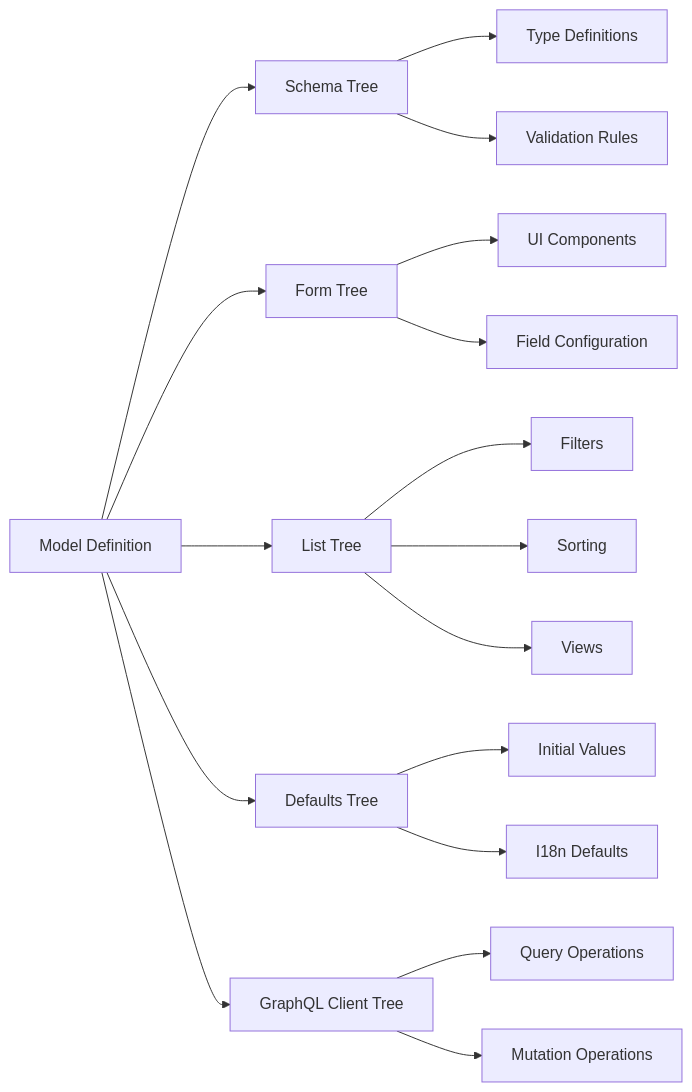
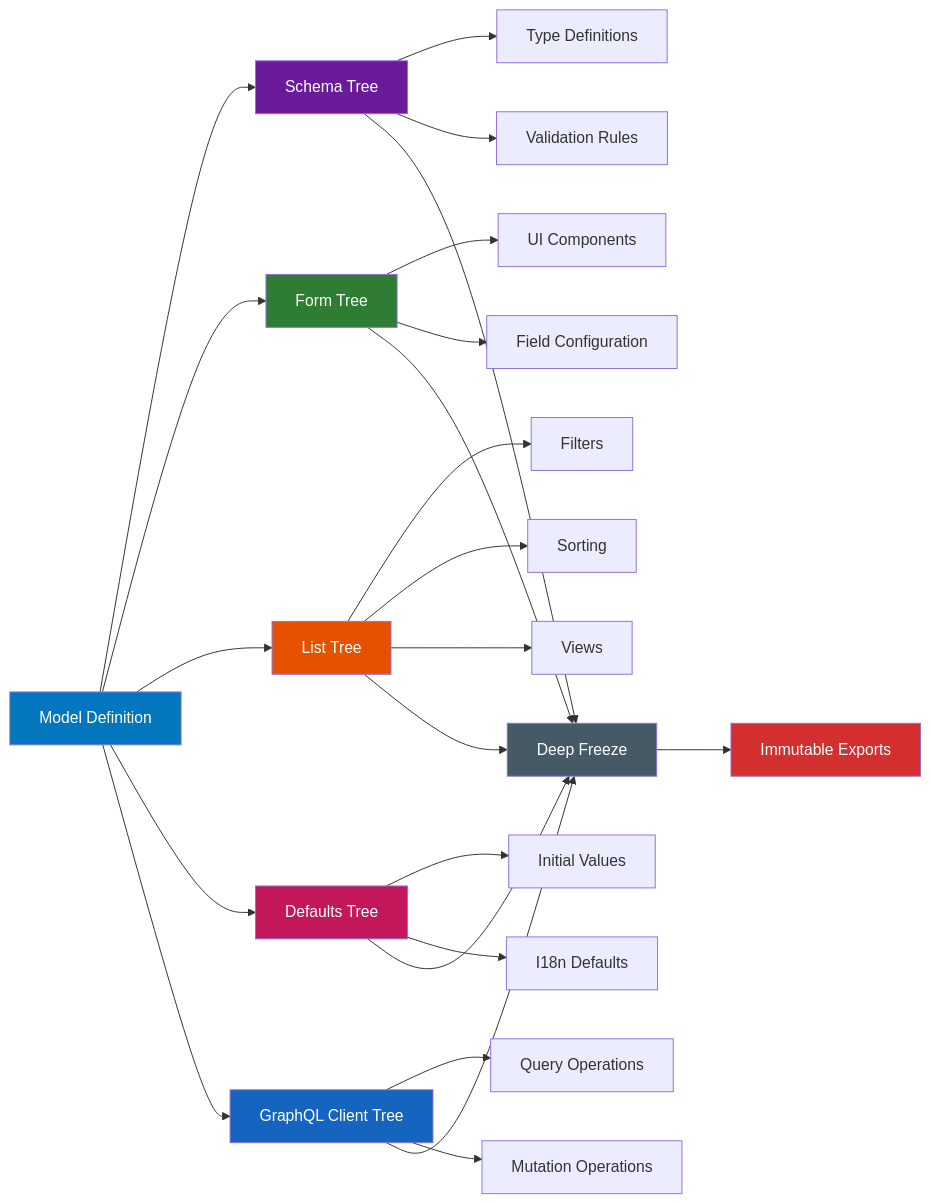
Before and after one commit to IEA-Paris/trees: the second of 6 diagrams in DOCUMENTATION.md, drawn with Mermaid. The commit also changed other lines of this file and 2 other files, not shown here.

````diff
--- a/DOCUMENTATION.md
+++ b/DOCUMENTATION.md
@@ -57,24 +96,40 @@
 ```mermaid
 graph LR
     A[Model Definition] --> B[Schema Tree]
     A --> C[Form Tree]
     A --> D[List Tree]
     A --> E[Defaults Tree]
     A --> F[GraphQL Client Tree]
-    
+
     B --> B1[Type Definitions]
     B --> B2[Validation Rules]
-    
+
     C --> C1[UI Components]
     C --> C2[Field Configuration]
-    
+
     D --> D1[Filters]
     D --> D2[Sorting]
     D --> D3[Views]
-    
+
     E --> E1[Initial Values]
     E --> E2[I18n Defaults]
-    
+
     F --> F1[Query Operations]
     F --> F2[Mutation Operations]
+
+    B --> G[Deep Freeze]
+    C --> G
+    D --> G
+    E --> G
+    F --> G
+    G --> H[Immutable Exports]
+
+    style A fill:#0277bd,color:#fff
+    style B fill:#6a1b9a,color:#fff
+    style C fill:#2e7d32,color:#fff
+    style D fill:#e65100,color:#fff
+    style E fill:#c2185b,color:#fff
+    style F fill:#1565c0,color:#fff
+    style G fill:#455a64,color:#fff
+    style H fill:#d32f2f,color:#fff
 ```
````
